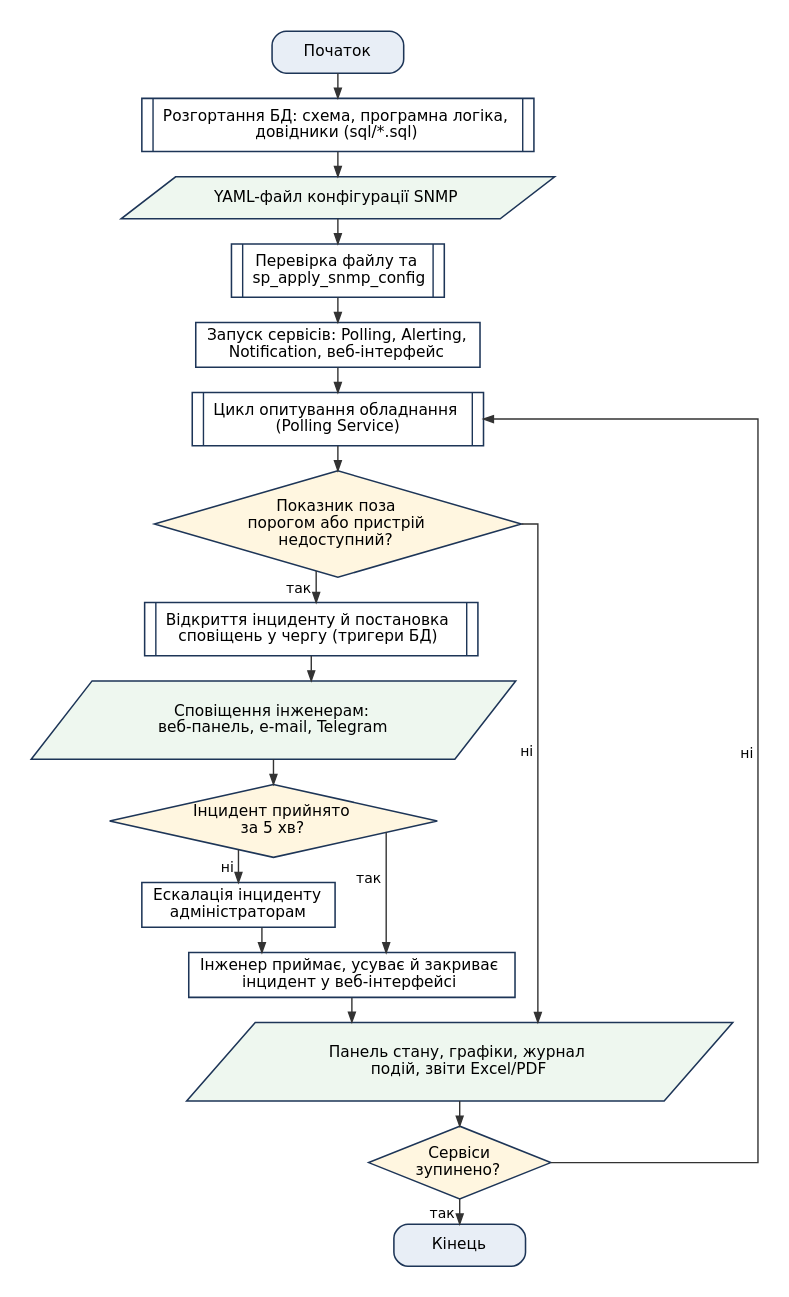
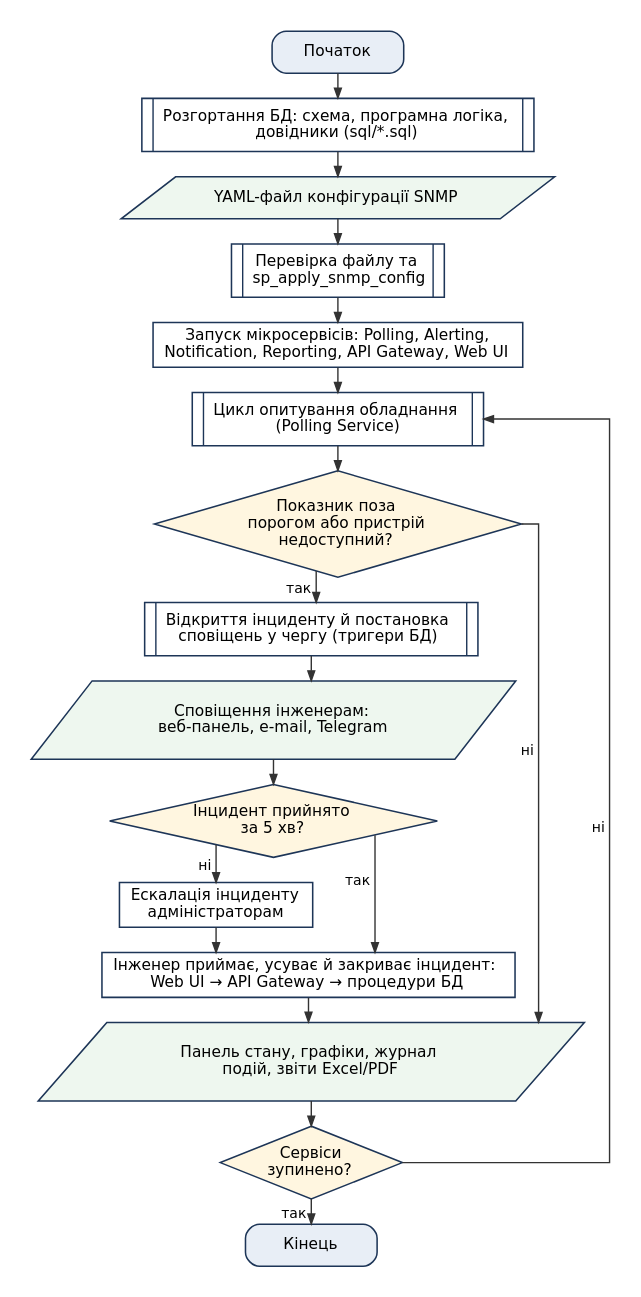
Before and after one commit to KrutoiPatsan13/laba1: the diagram in docs/diagrams/src/flow_01_general.dot, drawn with Graphviz. The commit also changed 48 other files, not shown here.

```diff
--- a/docs/diagrams/src/flow_01_general.dot
+++ b/docs/diagrams/src/flow_01_general.dot
@@ -1,37 +1,37 @@
 digraph flow_01_general {
   graph [rankdir=TB, splines=ortho, nodesep=0.35, ranksep=0.25, fontname="DejaVu Sans", pad=0.2, forcelabels=true];
   node [fontname="DejaVu Sans", fontsize=11, width=1.3, height=0.42, color="#1d3557", penwidth=1.1];
   edge [fontname="DejaVu Sans", fontsize=10, color="#333333", arrowsize=0.7];
   n1 [shape=box, style="rounded,filled", fillcolor="#e8eef6", label=<Початок>, margin="0.25,0.06"];
   n2 [shape=box, margin=0, label=<<TABLE BORDER="0" CELLBORDER="0" CELLSPACING="0" CELLPADDING="0"><TR><TD WIDTH="8" BORDER="1" SIDES="R"></TD><TD CELLPADDING="7">Розгортання БД: схема, програмна логіка,<BR/>довідники (sql/*.sql)</TD><TD WIDTH="8" BORDER="1" SIDES="L"></TD></TR></TABLE>>];
   n3 [shape=polygon, sides=4, skew=0.3, style=filled, fillcolor="#eef7ef", label=<YAML-файл конфігурації SNMP>, margin="0.06,0.03"];
   n4 [shape=box, margin=0, label=<<TABLE BORDER="0" CELLBORDER="0" CELLSPACING="0" CELLPADDING="0"><TR><TD WIDTH="8" BORDER="1" SIDES="R"></TD><TD CELLPADDING="7">Перевірка файлу та<BR/>sp_apply_snmp_config</TD><TD WIDTH="8" BORDER="1" SIDES="L"></TD></TR></TABLE>>];
-  n5 [shape=box, label=<Запуск сервісів: Polling, Alerting,<BR/>Notification, веб-інтерфейс>];
+  n5 [shape=box, label=<Запуск мікросервісів: Polling, Alerting,<BR/>Notification, Reporting, API Gateway, Web UI>];
   n6 [shape=box, margin=0, label=<<TABLE BORDER="0" CELLBORDER="0" CELLSPACING="0" CELLPADDING="0"><TR><TD WIDTH="8" BORDER="1" SIDES="R"></TD><TD CELLPADDING="7">Цикл опитування обладнання<BR/>(Polling Service)</TD><TD WIDTH="8" BORDER="1" SIDES="L"></TD></TR></TABLE>>];
   n7 [shape=diamond, style=filled, fillcolor="#fff6e0", label=<Показник поза<BR/>порогом або пристрій<BR/>недоступний?>, margin="0.02,0.02"];
   n8 [shape=box, margin=0, label=<<TABLE BORDER="0" CELLBORDER="0" CELLSPACING="0" CELLPADDING="0"><TR><TD WIDTH="8" BORDER="1" SIDES="R"></TD><TD CELLPADDING="7">Відкриття інциденту й постановка<BR/>сповіщень у чергу (тригери БД)</TD><TD WIDTH="8" BORDER="1" SIDES="L"></TD></TR></TABLE>>];
   n9 [shape=polygon, sides=4, skew=0.3, style=filled, fillcolor="#eef7ef", label=<Сповіщення інженерам:<BR/>веб-панель, e-mail, Telegram>, margin="0.06,0.03"];
   n10 [shape=diamond, style=filled, fillcolor="#fff6e0", label=<Інцидент прийнято<BR/>за 5 хв?>, margin="0.02,0.02"];
   n11 [shape=box, label=<Ескалація інциденту<BR/>адміністраторам>];
-  n12 [shape=box, label=<Інженер приймає, усуває й закриває<BR/>інцидент у веб-інтерфейсі>];
+  n12 [shape=box, label=<Інженер приймає, усуває й закриває інцидент:<BR/>Web UI → API Gateway → процедури БД>];
   n13 [shape=polygon, sides=4, skew=0.3, style=filled, fillcolor="#eef7ef", label=<Панель стану, графіки, журнал<BR/>подій, звіти Excel/PDF>, margin="0.06,0.03"];
   n14 [shape=diamond, style=filled, fillcolor="#fff6e0", label=<Сервіси<BR/>зупинено?>, margin="0.02,0.02"];
   n15 [shape=box, style="rounded,filled", fillcolor="#e8eef6", label=<Кінець>, margin="0.25,0.06"];
   n1 -> n2;
   n2 -> n3;
   n3 -> n4;
   n4 -> n5;
   n5 -> n6;
   n6 -> n7;
   n8 -> n9;
   n9 -> n10;
   n11 -> n12;
   n12 -> n13;
   n13 -> n14;
   n7 -> n8 [xlabel=" так "];
   n7 -> n13 [xlabel=" ні "];
   n10 -> n12 [xlabel=" так "];
   n10 -> n11 [xlabel=" ні "];
   n14 -> n15 [xlabel=" так "];
   n14 -> n6 [xlabel=" ні ", constraint=false];
 }
```
